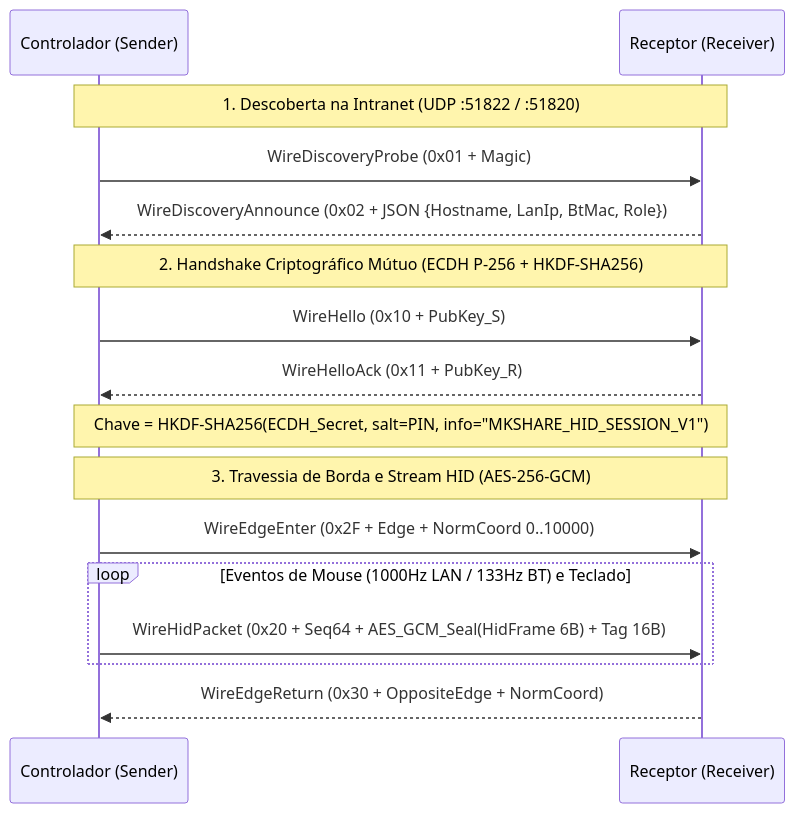
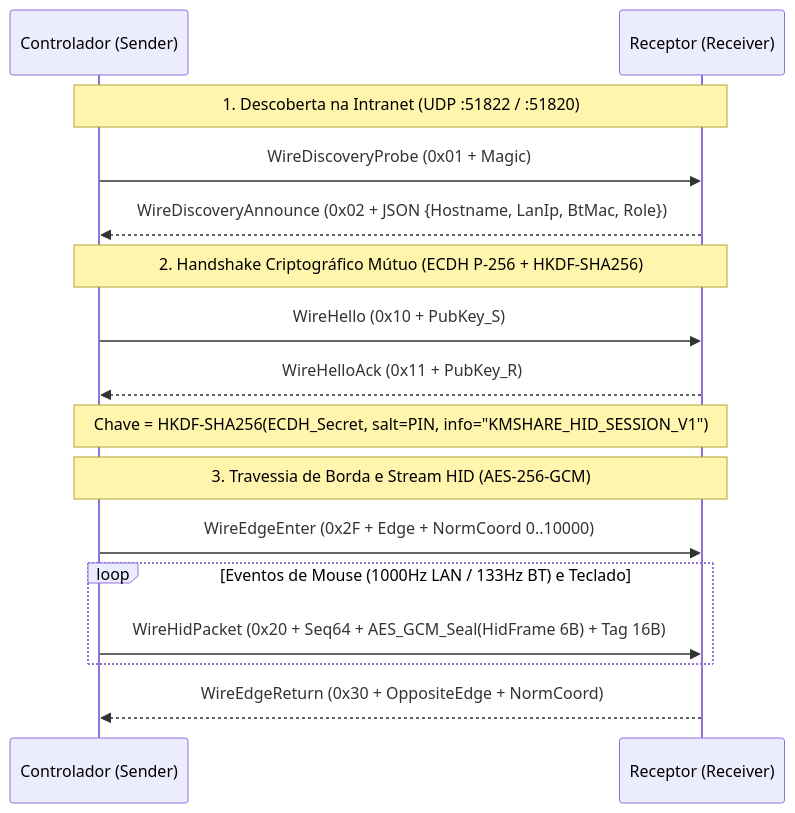
One commit to CesarOvies/KMShare changed the second of 2 diagrams in README.md. Above: the diagram before and after it, drawn with Mermaid. The commit also changed other lines of this file and 23 other files, not shown here.

Commit message:
refactor(architecture): rename legacy MKShare namespace to KMShare across all modules and files

````diff
--- a/README.md
+++ b/README.md
@@ -125,21 +125,21 @@
 ```mermaid
 sequenceDiagram
     participant S as Controlador (Sender)
     participant R as Receptor (Receiver)
 
     Note over S,R: 1. Descoberta na Intranet (UDP :51822 / :51820)
     S->>R: WireDiscoveryProbe (0x01 + Magic)
     R-->>S: WireDiscoveryAnnounce (0x02 + JSON {Hostname, LanIp, BtMac, Role})
 
     Note over S,R: 2. Handshake Criptográfico Mútuo (ECDH P-256 + HKDF-SHA256)
     S->>R: WireHello (0x10 + PubKey_S)
     R-->>S: WireHelloAck (0x11 + PubKey_R)
-    Note over S,R: Chave = HKDF-SHA256(ECDH_Secret, salt=PIN, info="MKSHARE_HID_SESSION_V1")
+    Note over S,R: Chave = HKDF-SHA256(ECDH_Secret, salt=PIN, info="KMSHARE_HID_SESSION_V1")
 
     Note over S,R: 3. Travessia de Borda e Stream HID (AES-256-GCM)
     S->>R: WireEdgeEnter (0x2F + Edge + NormCoord 0..10000)
     loop Eventos de Mouse (1000Hz LAN / 133Hz BT) e Teclado
         S->>R: WireHidPacket (0x20 + Seq64 + AES_GCM_Seal(HidFrame 6B) + Tag 16B)
     end
     R-->>S: WireEdgeReturn (0x30 + OppositeEdge + NormCoord)
 ```
````
